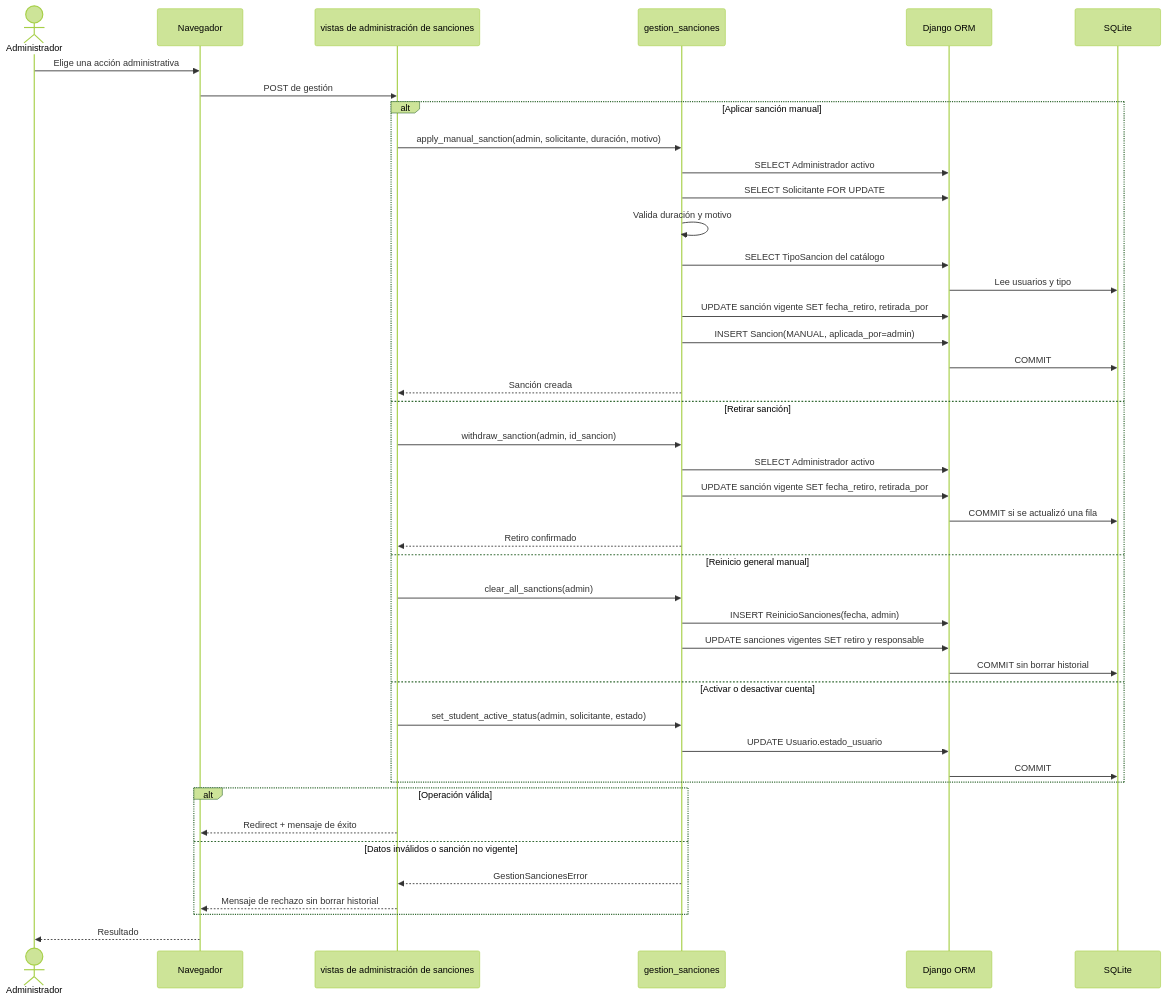
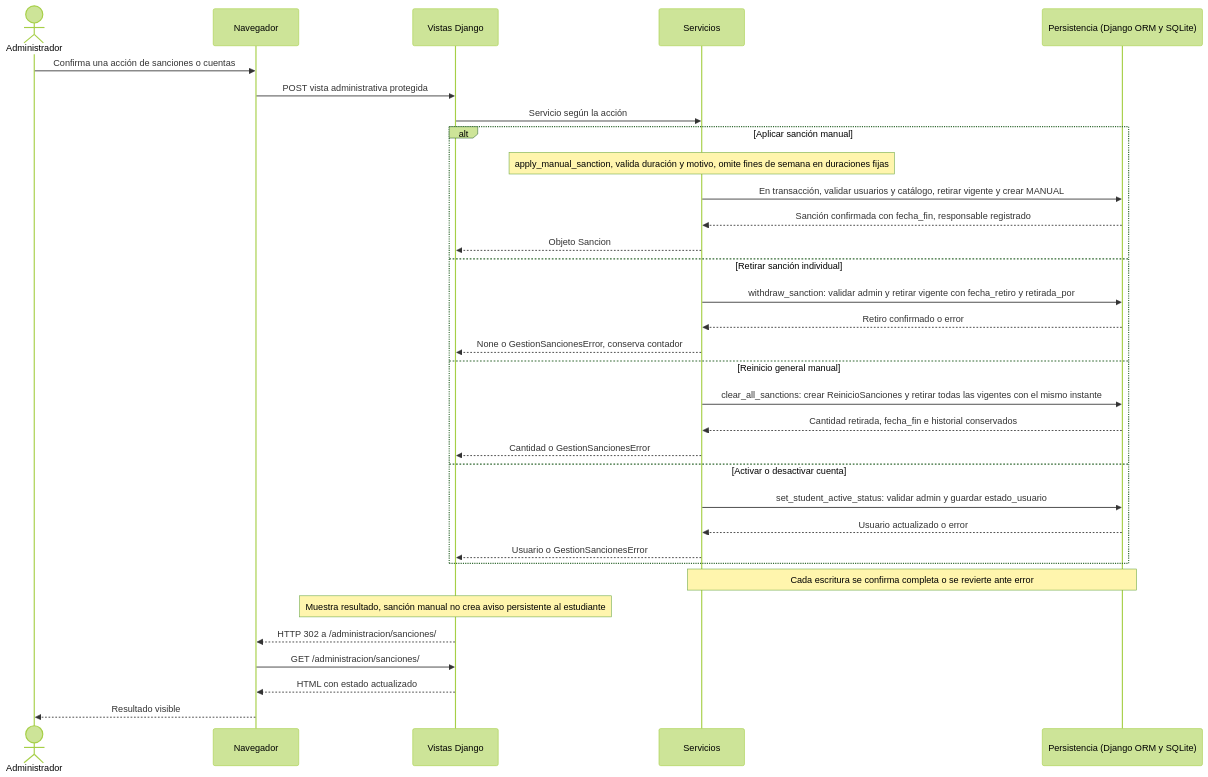
Before and after one commit to Sebas0032/SalaMandra: diagram 12 of 14 in docs/sesion-07-modelos.md, drawn with Mermaid (forest theme). The commit also changed other lines of this file and 11 other files, not shown here.

Commit message:
Update architecture and test traceability documentation, reorganize use cases, fix diagrams, expand interaction flows, restore weekday-only reservations, consolidate redundant tests, and remove obsolete diagram images

````diff
--- a/docs/sesion-07-modelos.md
+++ b/docs/sesion-07-modelos.md
@@ -744,46 +849,35 @@
 ```mermaid
 sequenceDiagram
-    actor A as Administrador
+    actor U as Administrador
     participant B as Navegador
-    participant V as vistas de administración de sanciones
-    participant GS as gestion_sanciones
-    participant ORM as Django ORM
-    participant DB as SQLite
-
-    A->>B: Elige una acción administrativa
-    B->>V: POST de gestión
+    participant V as Vistas Django
+    participant S as Servicios
+    participant D as Persistencia (Django ORM y SQLite)
+    U->>B: Confirma una acción de sanciones o cuentas
+    B->>V: POST vista administrativa protegida
+    V->>S: Servicio según la acción
     alt Aplicar sanción manual
-        V->>GS: apply_manual_sanction(admin, solicitante, duración, motivo)
-        GS->>ORM: SELECT Administrador activo
-        GS->>ORM: SELECT Solicitante FOR UPDATE
-        GS->>GS: Valida duración y motivo
-        GS->>ORM: SELECT TipoSancion del catálogo
-        ORM->>DB: Lee usuarios y tipo
-        GS->>ORM: UPDATE sanción vigente SET fecha_retiro, retirada_por
-        GS->>ORM: INSERT Sancion(MANUAL, aplicada_por=admin)
-        ORM->>DB: COMMIT
-        GS-->>V: Sanción creada
-    else Retirar sanción
-        V->>GS: withdraw_sanction(admin, id_sancion)
-        GS->>ORM: SELECT Administrador activo
-        GS->>ORM: UPDATE sanción vigente SET fecha_retiro, retirada_por
-        ORM->>DB: COMMIT si se actualizó una fila
-        GS-->>V: Retiro confirmado
+        Note over S: apply_manual_sanction, valida duración y motivo, omite fines de semana en duraciones fijas
+        S->>D: En transacción, validar usuarios y catálogo, retirar vigente y crear MANUAL
+        D-->>S: Sanción confirmada con fecha_fin, responsable registrado
+        S-->>V: Objeto Sancion
+    else Retirar sanción individual
+        S->>D: withdraw_sanction: validar admin y retirar vigente con fecha_retiro y retirada_por
+        D-->>S: Retiro confirmado o error
+        S-->>V: None o GestionSancionesError, conserva contador
     else Reinicio general manual
-        V->>GS: clear_all_sanctions(admin)
-        GS->>ORM: INSERT ReinicioSanciones(fecha, admin)
-        GS->>ORM: UPDATE sanciones vigentes SET retiro y responsable
-        ORM->>DB: COMMIT sin borrar historial
+        S->>D: clear_all_sanctions: crear ReinicioSanciones y retirar todas las vigentes con el mismo instante
+        D-->>S: Cantidad retirada, fecha_fin e historial conservados
+        S-->>V: Cantidad o GestionSancionesError
     else Activar o desactivar cuenta
-        V->>GS: set_student_active_status(admin, solicitante, estado)
-        GS->>ORM: UPDATE Usuario.estado_usuario
-        ORM->>DB: COMMIT
+        S->>D: set_student_active_status: validar admin y guardar estado_usuario
+        D-->>S: Usuario actualizado o error
+        S-->>V: Usuario o GestionSancionesError
     end
-    alt Operación válida
-        V-->>B: Redirect + mensaje de éxito
-    else Datos inválidos o sanción no vigente
-        GS-->>V: GestionSancionesError
-        V-->>B: Mensaje de rechazo sin borrar historial
-    end
-    B-->>A: Resultado
+    Note over S,D: Cada escritura se confirma completa o se revierte ante error
+    Note over V: Muestra resultado, sanción manual no crea aviso persistente al estudiante
+    V-->>B: HTTP 302 a /administracion/sanciones/
+    B->>V: GET /administracion/sanciones/
+    V-->>B: HTML con estado actualizado
+    B-->>U: Resultado visible
 ```
````
